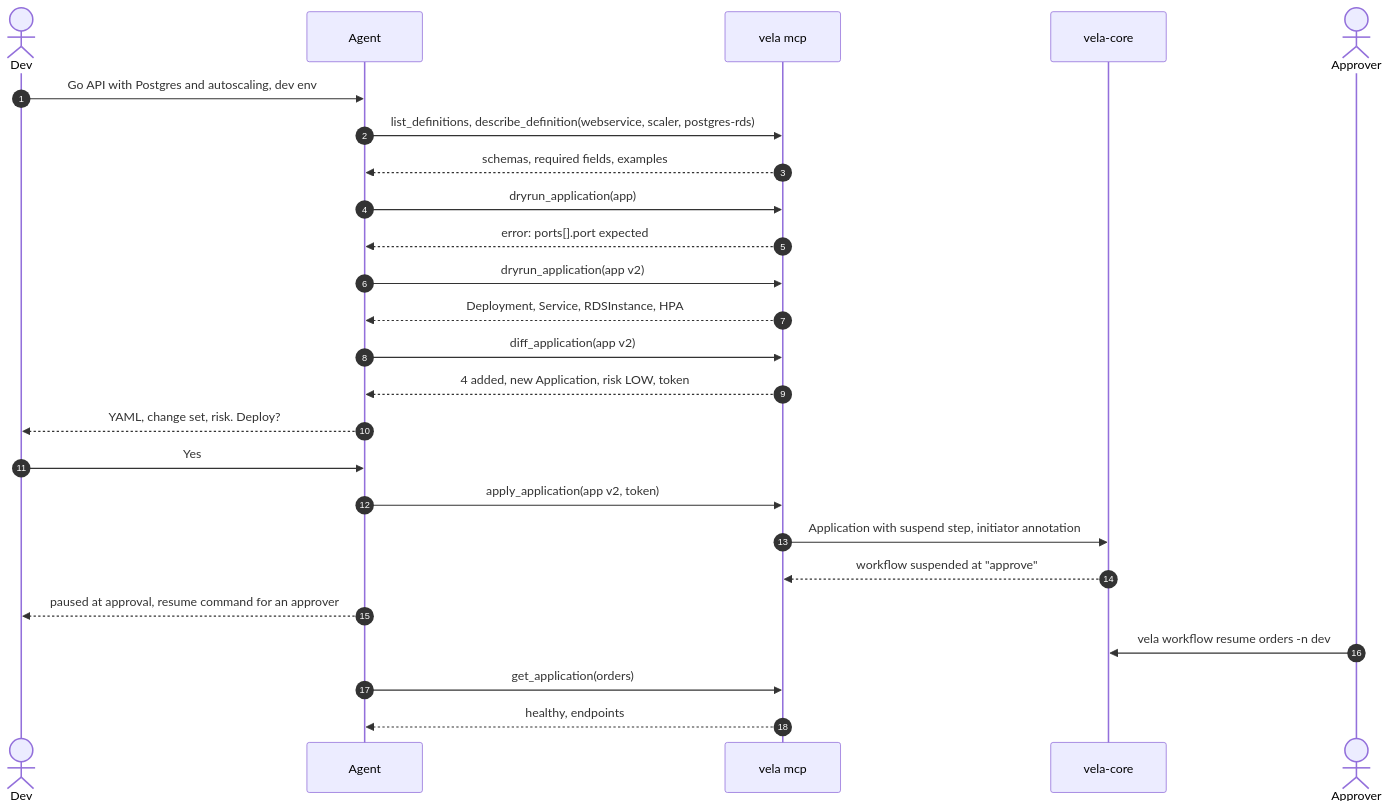
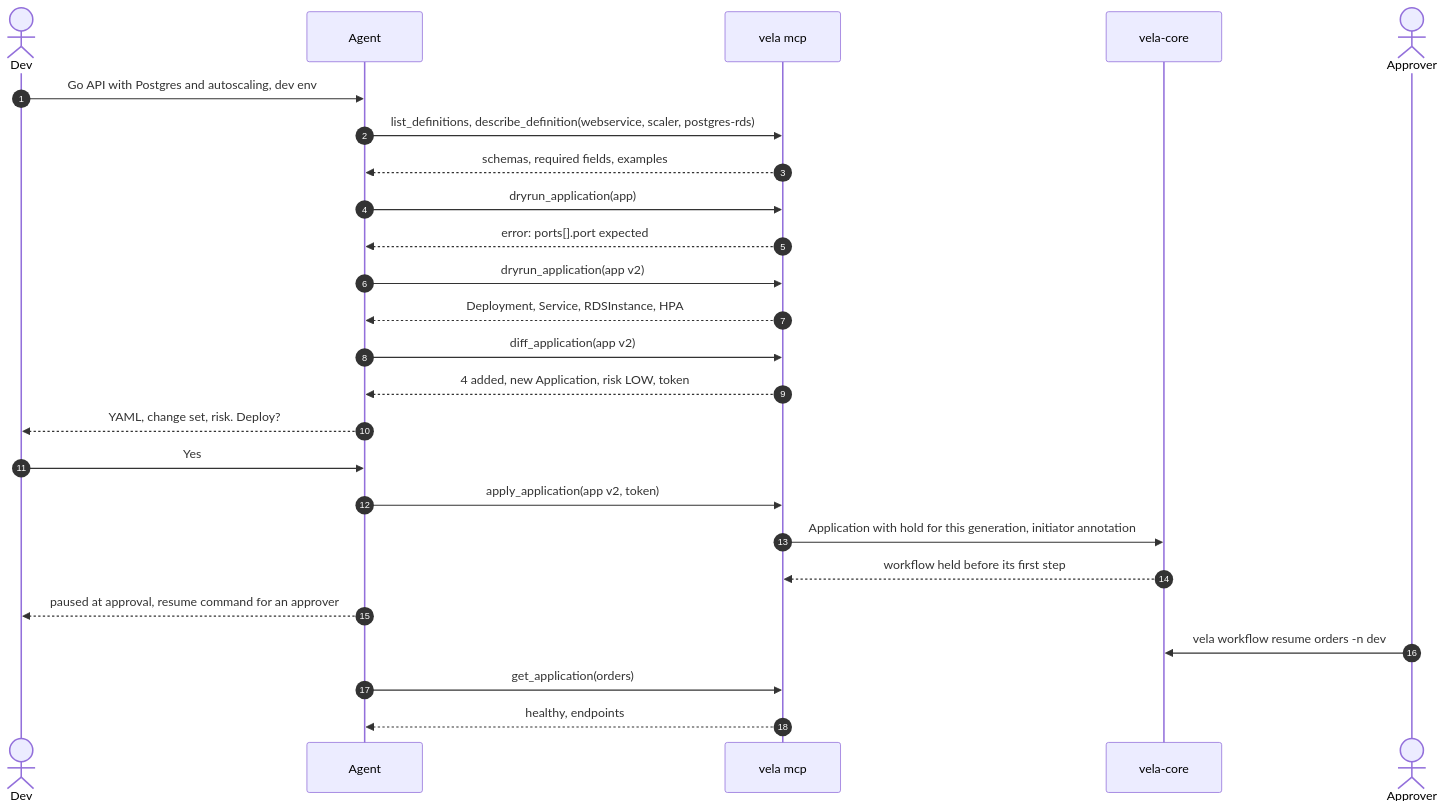
The second of 2 diagrams in design/vela-cli/kep-vela-mcp.md (kubevela/kubevela), drawn with Mermaid before and after one commit. The commit also changed other lines of this file, not shown here.

First line of the commit message:
docs(kep): gate without editing the spec and decouple MCP data from releases

````diff
--- a/design/vela-cli/kep-vela-mcp.md
+++ b/design/vela-cli/kep-vela-mcp.md
@@ -376,27 +422,27 @@
 ```mermaid
 sequenceDiagram
     autonumber
     actor Dev
     participant Agent
     participant MCP as vela mcp
     participant K as vela-core
     actor Approver
     Dev->>Agent: Go API with Postgres and autoscaling, dev env
     Agent->>MCP: list_definitions, describe_definition(webservice, scaler, postgres-rds)
     MCP-->>Agent: schemas, required fields, examples
     Agent->>MCP: dryrun_application(app)
     MCP-->>Agent: error: ports[].port expected
     Agent->>MCP: dryrun_application(app v2)
     MCP-->>Agent: Deployment, Service, RDSInstance, HPA
     Agent->>MCP: diff_application(app v2)
     MCP-->>Agent: 4 added, new Application, risk LOW, token
     Agent-->>Dev: YAML, change set, risk. Deploy?
     Dev->>Agent: Yes
     Agent->>MCP: apply_application(app v2, token)
-    MCP->>K: Application with suspend step, initiator annotation
-    K-->>MCP: workflow suspended at "approve"
+    MCP->>K: Application with hold for this generation, initiator annotation
+    K-->>MCP: workflow held before its first step
     Agent-->>Dev: paused at approval, resume command for an approver
     Approver->>K: vela workflow resume orders -n dev
     Agent->>MCP: get_application(orders)
     MCP-->>Agent: healthy, endpoints
 ```
````
